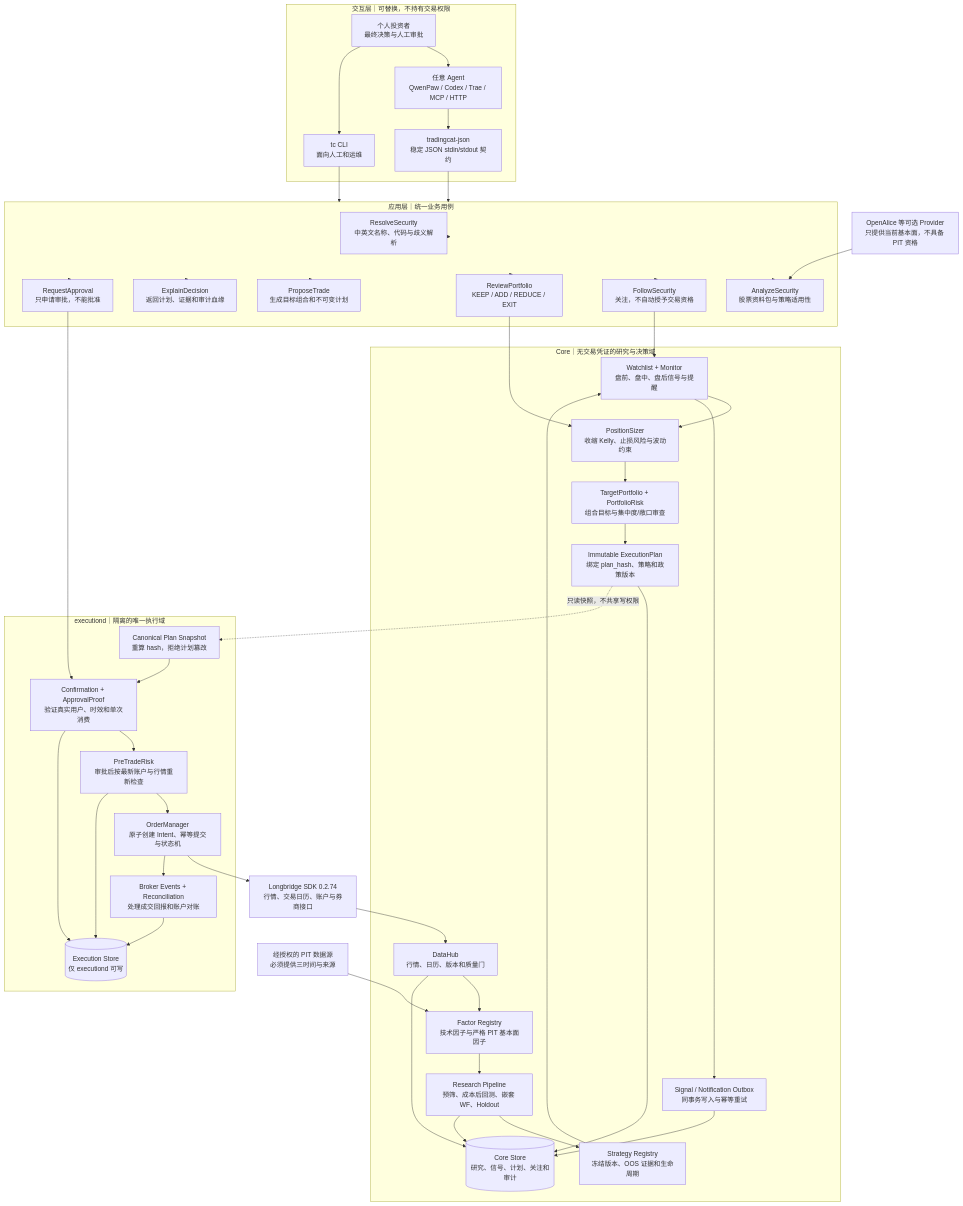
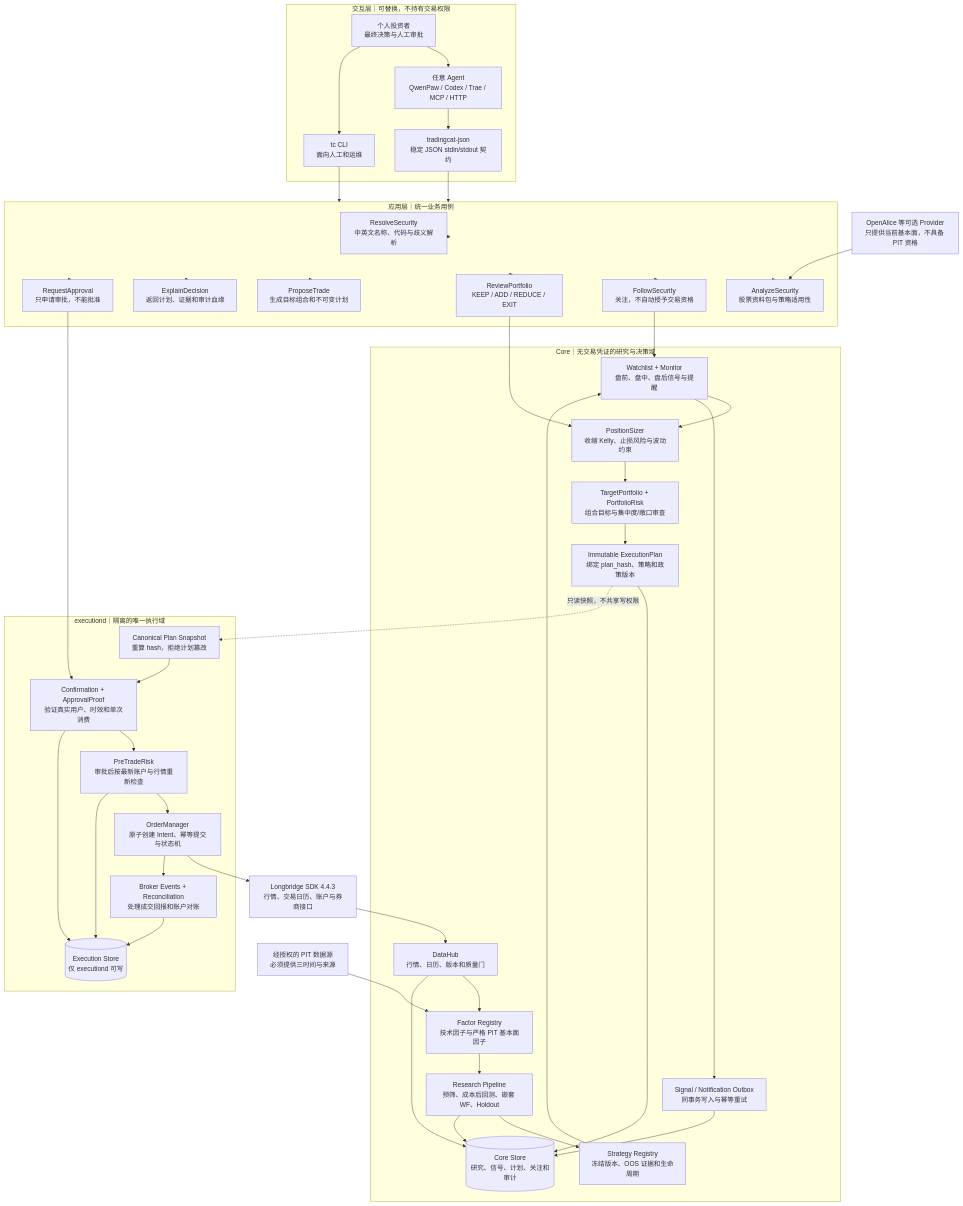
Before and after one commit to fanfpy/TradingCat: the first of 3 diagrams in docs/architecture.md, drawn with Mermaid. The commit also changed other lines of this file and 11 other files, not shown here.

````diff
--- a/docs/architecture.md
+++ b/docs/architecture.md
@@ -23,76 +23,76 @@
 ```mermaid
 flowchart TB
     subgraph CLIENTS["交互层｜可替换，不持有交易权限"]
         HUMAN["个人投资者<br/>最终决策与人工审批"]
         AGENT["任意 Agent<br/>QwenPaw / Codex / Trae / MCP / HTTP"]
         CLI["tc CLI<br/>面向人工和运维"]
         JSON["tradingcat-json<br/>稳定 JSON stdin/stdout 契约"]
     end
 
     subgraph APP["应用层｜统一业务用例"]
         RESOLVE["ResolveSecurity<br/>中英文名称、代码与歧义解析"]
         ANALYZE["AnalyzeSecurity<br/>股票资料包与策略适用性"]
         FOLLOW["FollowSecurity<br/>关注，不自动授予交易资格"]
         REVIEW["ReviewPortfolio<br/>KEEP / ADD / REDUCE / EXIT"]
         PROPOSE["ProposeTrade<br/>生成目标组合和不可变计划"]
         EXPLAIN["ExplainDecision<br/>返回计划、证据和审计血缘"]
         REQUEST["RequestApproval<br/>只申请审批，不能批准"]
     end
 
     subgraph CORE["Core｜无交易凭证的研究与决策域"]
         HUB["DataHub<br/>行情、日历、版本和质量门"]
         FACTOR["Factor Registry<br/>技术因子与严格 PIT 基本面因子"]
         LAB["Research Pipeline<br/>预筛、成本后回测、嵌套 WF、Holdout"]
         REGISTRY["Strategy Registry<br/>冻结版本、OOS 证据和生命周期"]
         WATCH["Watchlist + Monitor<br/>盘前、盘中、盘后信号与提醒"]
         SIZE["PositionSizer<br/>收缩 Kelly、止损风险与波动约束"]
         PORT["TargetPortfolio + PortfolioRisk<br/>组合目标与集中度/敞口审查"]
         PLAN["Immutable ExecutionPlan<br/>绑定 plan_hash、策略和政策版本"]
         OUTBOX["Signal / Notification Outbox<br/>同事务写入与幂等重试"]
         COREDB[("Core Store<br/>研究、信号、计划、关注和审计")]
     end
 
     subgraph EXEC["executiond｜隔离的唯一执行域"]
         SNAPSHOT["Canonical Plan Snapshot<br/>重算 hash，拒绝计划篡改"]
         APPROVAL["Confirmation + ApprovalProof<br/>验证真实用户、时效和单次消费"]
         PRE["PreTradeRisk<br/>审批后按最新账户与行情重新检查"]
         OM["OrderManager<br/>原子创建 Intent、幂等提交与状态机"]
         RECON["Broker Events + Reconciliation<br/>处理成交回报和账户对账"]
         EXECDB[("Execution Store<br/>仅 executiond 可写")]
     end
 
-    LB["Longbridge SDK 0.2.74<br/>行情、交易日历、账户与券商接口"]
+    LB["Longbridge SDK 4.4.3<br/>行情、交易日历、账户与券商接口"]
     CURRENT["OpenAlice 等可选 Provider<br/>只提供当前基本面，不具备 PIT 资格"]
     PIT["经授权的 PIT 数据源<br/>必须提供三时间与来源"]
 
     HUMAN --> AGENT
     HUMAN --> CLI
     AGENT --> JSON
     CLI --> APP
     JSON --> APP
     APP --> RESOLVE
     APP --> ANALYZE
     APP --> FOLLOW
     APP --> REVIEW
     APP --> PROPOSE
     APP --> EXPLAIN
     APP --> REQUEST
 
     LB --> HUB
     CURRENT --> ANALYZE
     PIT --> FACTOR
     HUB --> FACTOR --> LAB --> REGISTRY --> WATCH --> SIZE --> PORT --> PLAN
     FOLLOW --> WATCH
     REVIEW --> SIZE
     PLAN --> COREDB
     HUB --> COREDB
     LAB --> COREDB
     WATCH --> OUTBOX --> COREDB
 
     PLAN -. "只读快照，不共享写权限" .-> SNAPSHOT
     REQUEST --> APPROVAL
     SNAPSHOT --> APPROVAL --> PRE --> OM --> LB
     OM --> RECON --> EXECDB
     APPROVAL --> EXECDB
     PRE --> EXECDB
 ```
````
